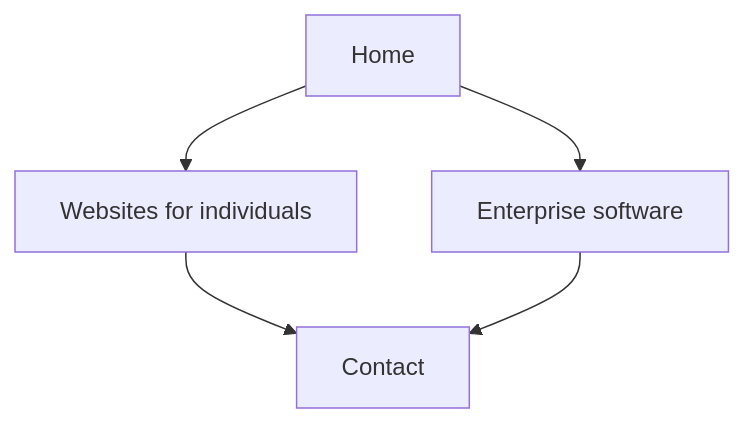
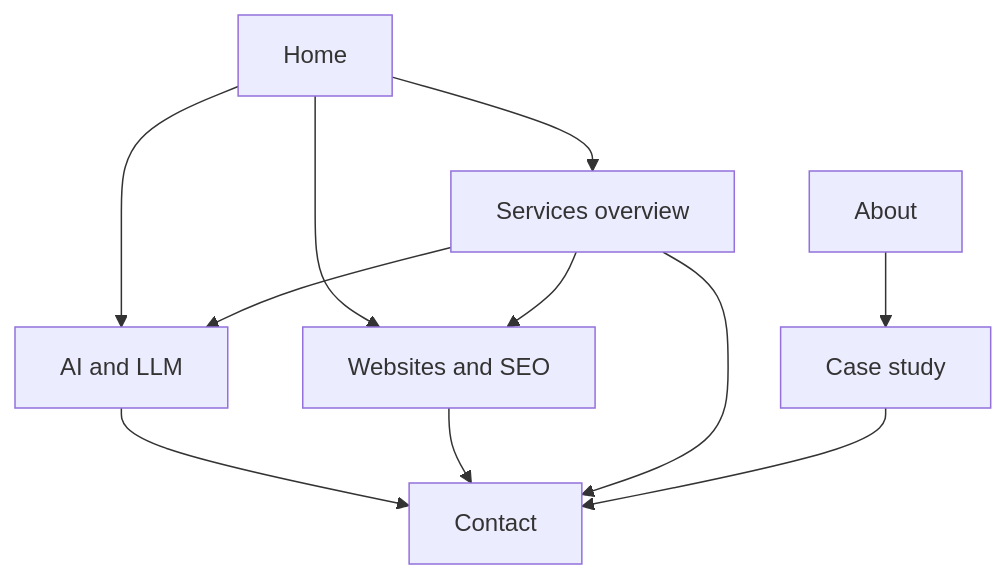
Before and after one commit to ShivP102/NisCorp_business_profile: the diagram in prd/niscorp-company-site.md, drawn with Mermaid. The commit also changed other lines of this file and 37 other files, not shown here.

First line of the commit message:
Ship a hybrid services site so AI and websites can stand alone.

````diff
--- a/prd/niscorp-company-site.md
+++ b/prd/niscorp-company-site.md
@@ -47,11 +52,20 @@
 ```mermaid
 flowchart TD
   home[Home]
-  websites[Websites for individuals]
-  enterprise[Enterprise software]
+  services[Services overview]
+  ai[AI and LLM]
+  websites[Websites and SEO]
+  about[About]
+  cases[Case study]
   contact[Contact]
+  home --> services
+  home --> ai
   home --> websites
-  home --> enterprise
+  services --> ai
+  services --> websites
+  about --> cases
+  ai --> contact
   websites --> contact
-  enterprise --> contact
+  services --> contact
+  cases --> contact
 ```
````
